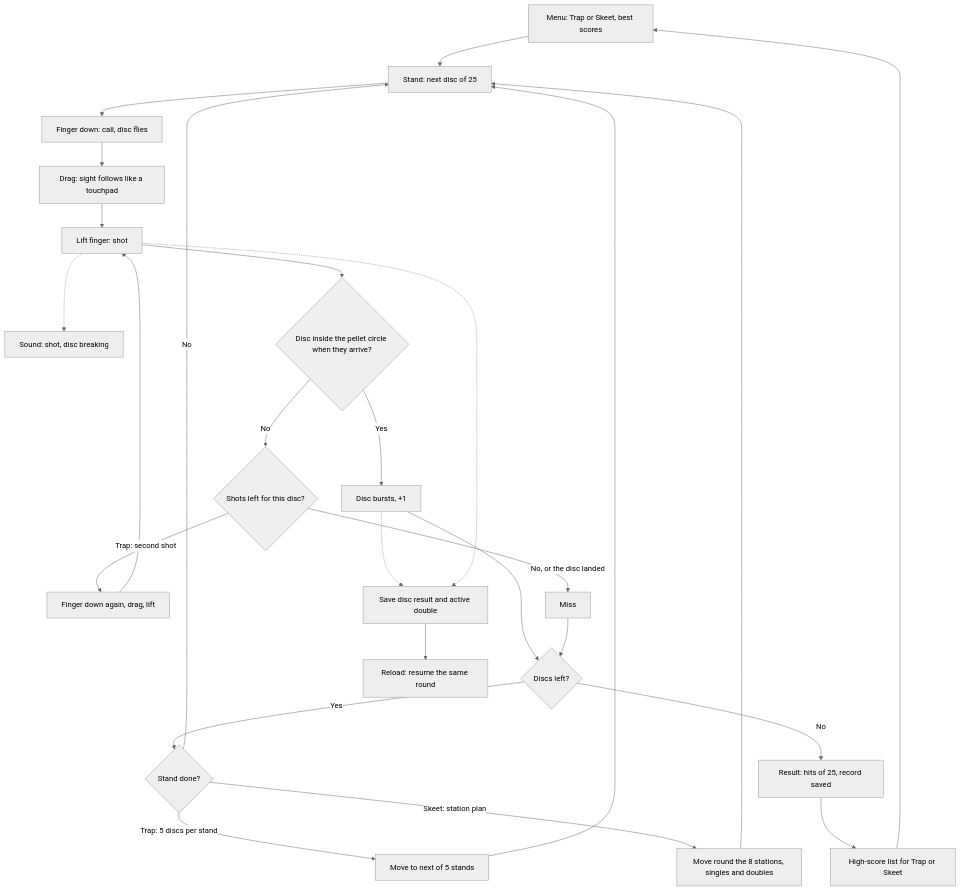
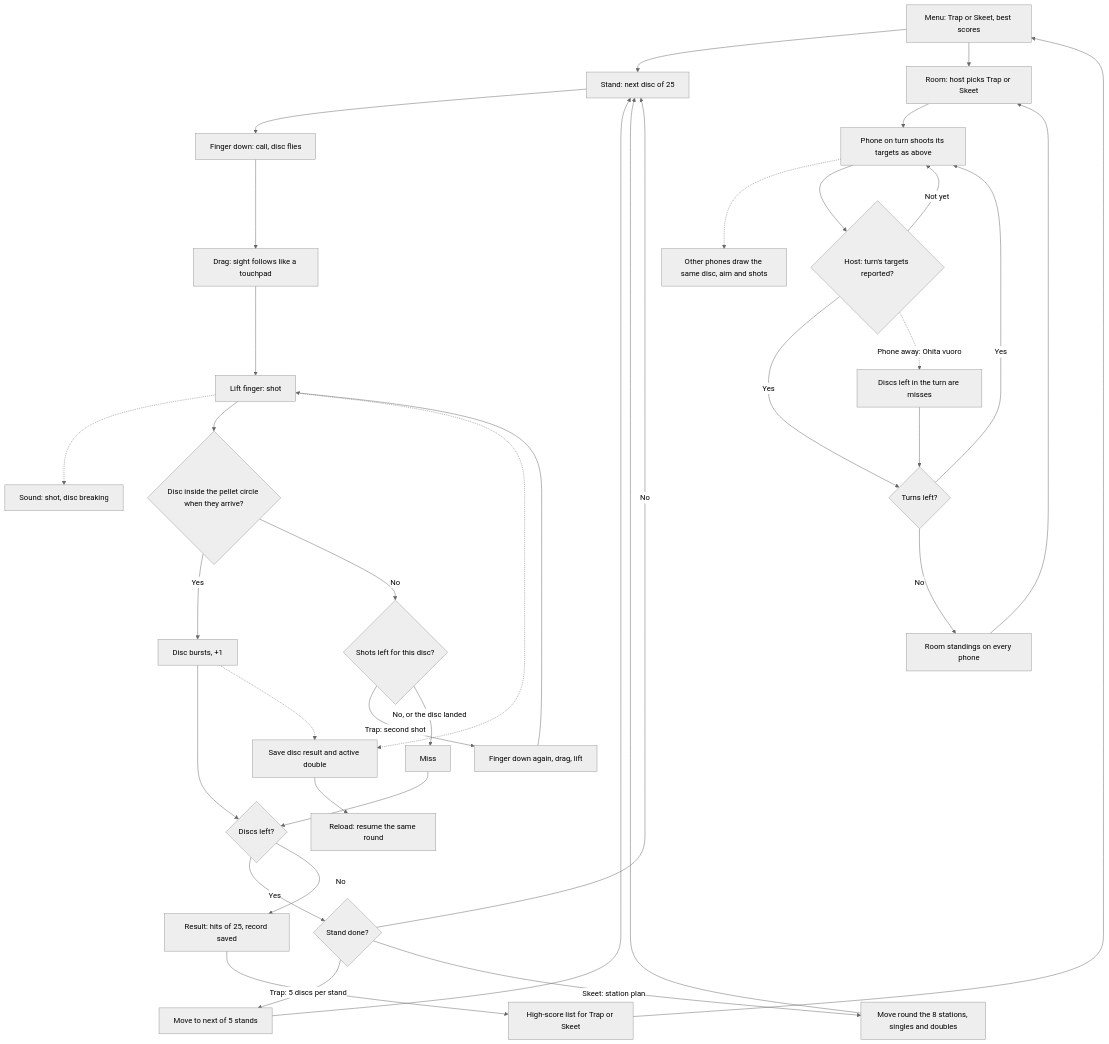
The diagram in docs/diagrams/kiekkoammunta.md (eerovil/ai-pelit), drawn with Mermaid (neutral theme) before and after one commit. The commit also changed other lines of this file and 5 other files, not shown here.

````diff
--- a/docs/diagrams/kiekkoammunta.md
+++ b/docs/diagrams/kiekkoammunta.md
@@ -8,35 +9,51 @@
 ```mermaid
 flowchart TD
   A[Menu: Trap or Skeet, best scores] --> B[Stand: next disc of 25]
   B --> C[Finger down: call, disc flies]
   C --> D[Drag: sight follows like a touchpad]
   D --> E[Lift finger: shot]
   E -.-> AU[Sound: shot, disc breaking]
   E --> F{Disc inside the pellet circle when they arrive?}
   F -- Yes --> G[Disc bursts, +1]
   F -- No --> H{Shots left for this disc?}
   H -- Trap: second shot --> C2[Finger down again, drag, lift]
   C2 --> E
   H -- No, or the disc landed --> I[Miss]
   G --> J{Discs left?}
   I --> J
   J -- Yes --> K{Stand done?}
   K -- Trap: 5 discs per stand --> L[Move to next of 5 stands]
   K -- Skeet: station plan --> M[Move round the 8 stations, singles and doubles]
   K -- No --> B
   L --> B
   M --> B
   J -- No --> N[Result: hits of 25, record saved]
   N --> O[High-score list for Trap or Skeet]
   O --> A
   G -.-> SAVE[Save disc result and active double]
   E -.-> SAVE
   SAVE --> RELOAD[Reload: resume the same round]
+  A --> RM[Room: host picks Trap or Skeet]
+  RM --> RT[Phone on turn shoots its targets as above]
+  RT -.-> RW[Other phones draw the same disc, aim and shots]
+  RT --> RQ{Host: turn's targets reported?}
+  RQ -- Not yet --> RT
+  RQ -- Yes --> RN{Turns left?}
+  RQ -. Phone away: Ohita vuoro .-> RS[Discs left in the turn are misses]
+  RS --> RN
+  RN -- Yes --> RT
+  RN -- No --> RE[Room standings on every phone]
+  RE --> RM
   class SAVE,RELOAD green
+  class RM,RT blue
+  class RQ,RN amber
+  class RW teal
+  class RS rose
+  class RE green
   class A,B,C,D,E,C2 blue
   class F,H,J,K amber
   class G,L,M teal
   class I rose
   class N,O green
   class AU teal
 ```
````
